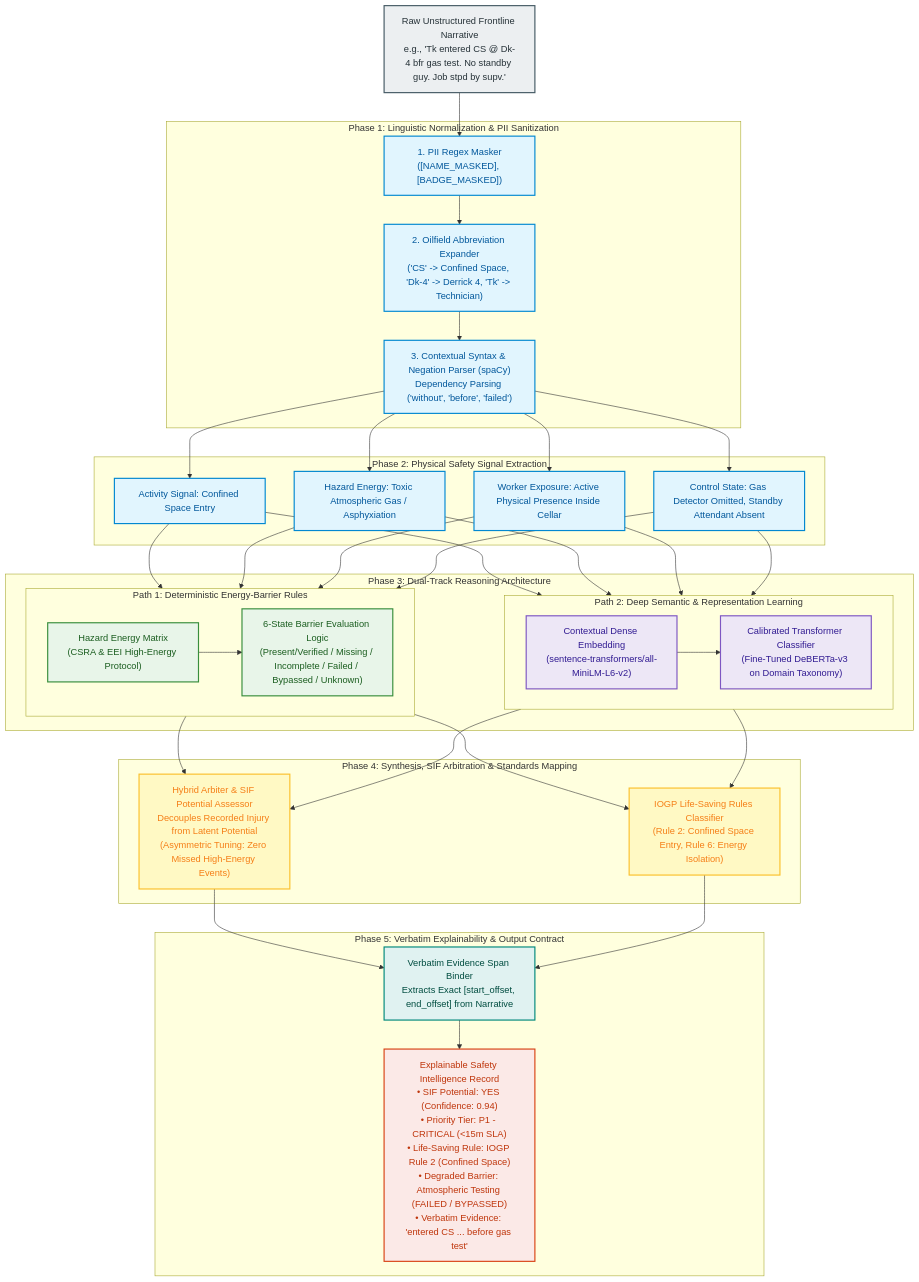
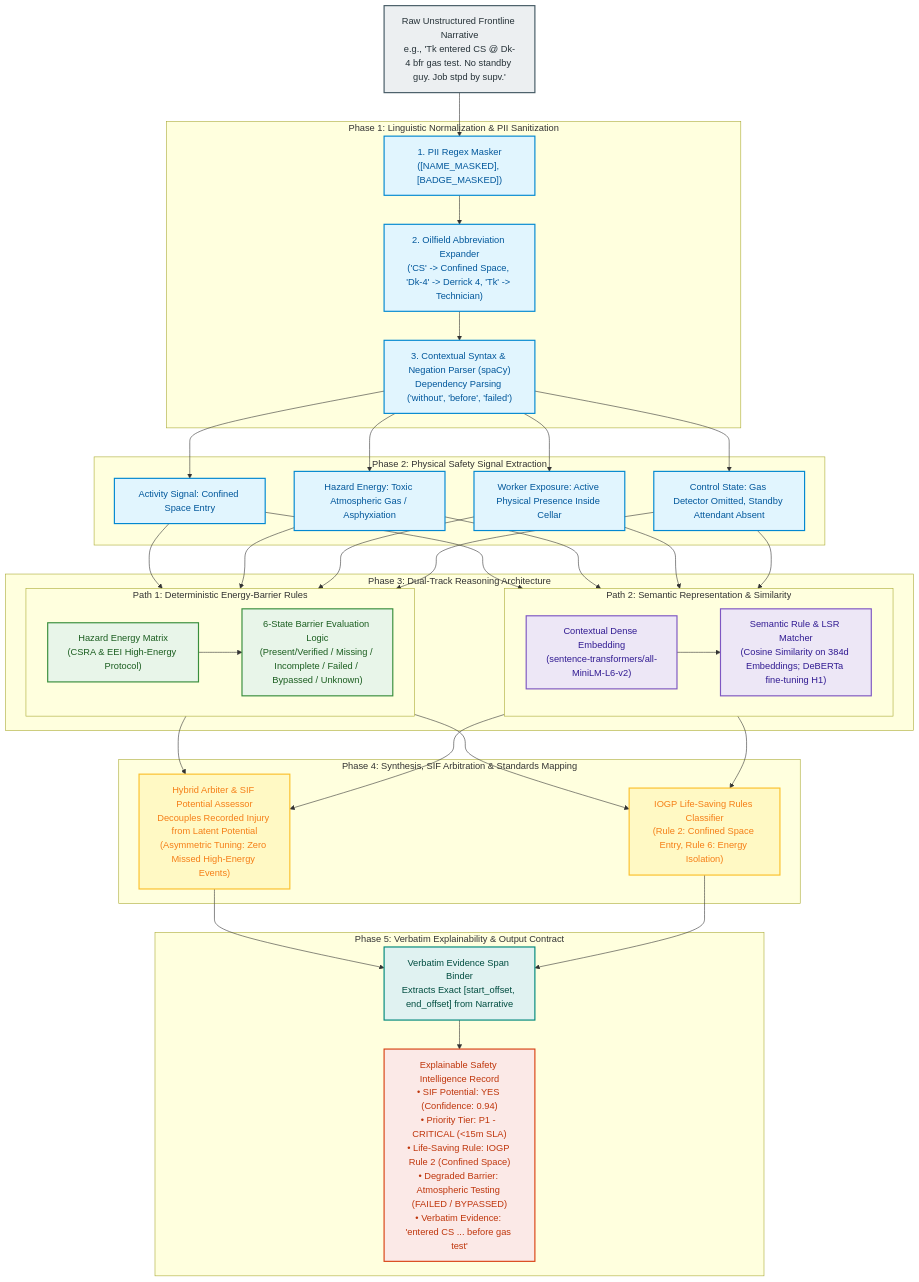
Before and after one commit to shlok926/oil-safety-intelligence-platform: the second of 6 diagrams in docs/ARCHITECTURE_DIAGRAMS_MERMAID.md, drawn with Mermaid. The commit also changed other lines of this file and 1 other file, not shown here.

Commit message:
docs(ai): clarify H0 MiniLM baseline vs H1 DeBERTa and update architecture diagrams

````diff
--- a/docs/ARCHITECTURE_DIAGRAMS_MERMAID.md
+++ b/docs/ARCHITECTURE_DIAGRAMS_MERMAID.md
@@ -125,59 +125,59 @@
 ```mermaid
 flowchart TD
     classDef raw fill:#ECEFF1,stroke:#455A64,stroke-width:2px,color:#263238;
     classDef nlp fill:#E1F5FE,stroke:#0288D1,stroke-width:2px,color:#01579B;
     classDef dual fill:#FFF9C4,stroke:#FBC02D,stroke-width:2px,color:#F57F17;
     classDef rule fill:#E8F5E9,stroke:#388E3C,stroke-width:2px,color:#1B5E20;
     classDef ml fill:#EDE7F6,stroke:#7E57C2,stroke-width:2px,color:#311B92;
     classDef out fill:#FBE9E7,stroke:#D84315,stroke-width:2px,color:#BF360C;
     classDef exp fill:#E0F2F1,stroke:#00897B,stroke-width:2px,color:#004D40;
 
     RAW["Raw Unstructured Frontline Narrative\ne.g., 'Tk entered CS @ Dk-4 bfr gas test. No standby guy. Job stpd by supv.'"]:::raw
 
     subgraph STAGE_A ["Phase 1: Linguistic Normalization & PII Sanitization"]
         PII_M["1. PII Regex Masker\n([NAME_MASKED], [BADGE_MASKED])"]:::nlp
         NORM["2. Oilfield Abbreviation Expander\n('CS' -> Confined Space, 'Dk-4' -> Derrick 4, 'Tk' -> Technician)"]:::nlp
         PARS["3. Contextual Syntax & Negation Parser (spaCy)\nDependency Parsing ('without', 'before', 'failed')"]:::nlp
         PII_M --> NORM --> PARS
     end
 
     RAW --> PII_M
 
     subgraph STAGE_B ["Phase 2: Physical Safety Signal Extraction"]
         ACT["Activity Signal: Confined Space Entry"]:::nlp
         HAZ["Hazard Energy: Toxic Atmospheric Gas / Asphyxiation"]:::nlp
         EXP["Worker Exposure: Active Physical Presence Inside Cellar"]:::nlp
         CTL["Control State: Gas Detector Omitted, Standby Attendant Absent"]:::nlp
         PARS --> ACT & HAZ & EXP & CTL
     end
 
     subgraph STAGE_C ["Phase 3: Dual-Track Reasoning Architecture"]
         subgraph PATH_1 ["Path 1: Deterministic Energy-Barrier Rules"]
             E_MAT["Hazard Energy Matrix\n(CSRA & EEI High-Energy Protocol)"]:::rule
             B_LOG["6-State Barrier Evaluation Logic\n(Present/Verified / Missing / Incomplete / Failed / Bypassed / Unknown)"]:::rule
             E_MAT --> B_LOG
         end
 
-        subgraph PATH_2 ["Path 2: Deep Semantic & Representation Learning"]
+        subgraph PATH_2 ["Path 2: Semantic Representation & Similarity"]
             EMB["Contextual Dense Embedding\n(sentence-transformers/all-MiniLM-L6-v2)"]:::ml
-            CLF["Calibrated Transformer Classifier\n(Fine-Tuned DeBERTa-v3 on Domain Taxonomy)"]:::ml
+            CLF["Semantic Rule & LSR Matcher\n(Cosine Similarity on 384d Embeddings; DeBERTa fine-tuning H1)"]:::ml
             EMB --> CLF
         end
 
         ACT & HAZ & EXP & CTL --> PATH_1
         ACT & HAZ & EXP & CTL --> PATH_2
     end
 
     subgraph STAGE_D ["Phase 4: Synthesis, SIF Arbitration & Standards Mapping"]
         ARB["Hybrid Arbiter & SIF Potential Assessor\nDecouples Recorded Injury from Latent Potential\n(Asymmetric Tuning: Zero Missed High-Energy Events)"]:::dual
         LSR_MAP["IOGP Life-Saving Rules Classifier\n(Rule 2: Confined Space Entry, Rule 6: Energy Isolation)"]:::dual
         PATH_1 & PATH_2 --> ARB
         PATH_1 & PATH_2 --> LSR_MAP
     end
 
     subgraph STAGE_E ["Phase 5: Verbatim Explainability & Output Contract"]
         EXP_B["Verbatim Evidence Span Binder\nExtracts Exact [start_offset, end_offset] from Narrative"]:::exp
         OUT_JSON["Explainable Safety Intelligence Record\n• SIF Potential: YES (Confidence: 0.94)\n• Priority Tier: P1 - CRITICAL (<15m SLA)\n• Life-Saving Rule: IOGP Rule 2 (Confined Space)\n• Degraded Barrier: Atmospheric Testing (FAILED / BYPASSED)\n• Verbatim Evidence: 'entered CS ... before gas test'"]:::out
         ARB & LSR_MAP --> EXP_B --> OUT_JSON
     end
 ```
````
